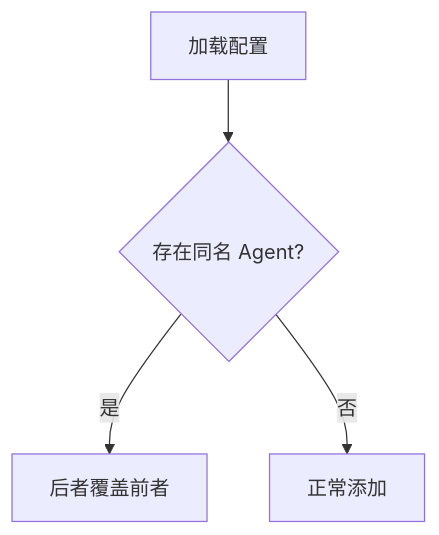
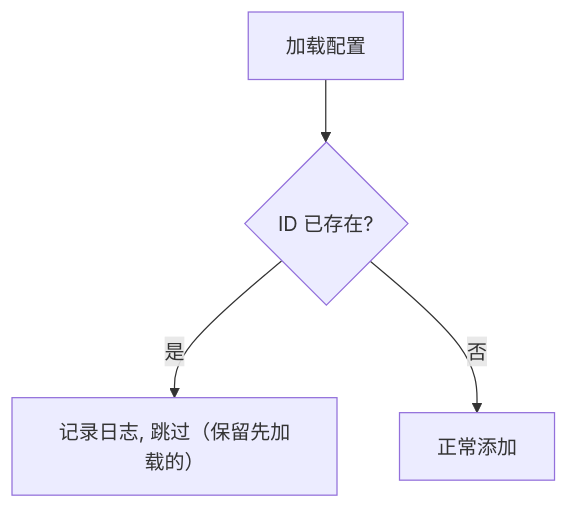
One commit to PineappleBond/xyncra-server changed the fifth of 6 diagrams in wiki/flows/reload-agents.md. Above: the diagram before and after it, drawn with Mermaid. The commit also changed other lines of this file and 21 other files, not shown here.

First line of the commit message:
docs(wiki): fix accuracy and completeness issues across all flow documents

````diff
--- a/wiki/flows/reload-agents.md
+++ b/wiki/flows/reload-agents.md
@@ -138,6 +141,6 @@
 ```mermaid
 flowchart TD
-    A[加载配置] --> B{存在同名 Agent?}
-    B -->|是| C[后者覆盖前者]
+    A[加载配置] --> B{ID 已存在?}
+    B -->|是| C[记录日志, 跳过（保留先加载的）]
     B -->|否| D[正常添加]
 ```
````
